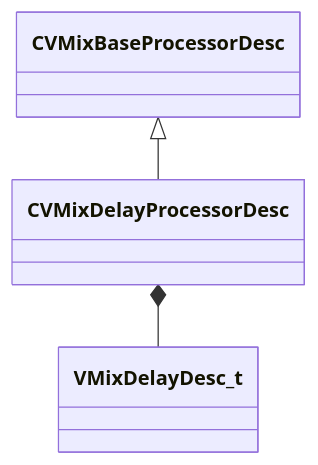
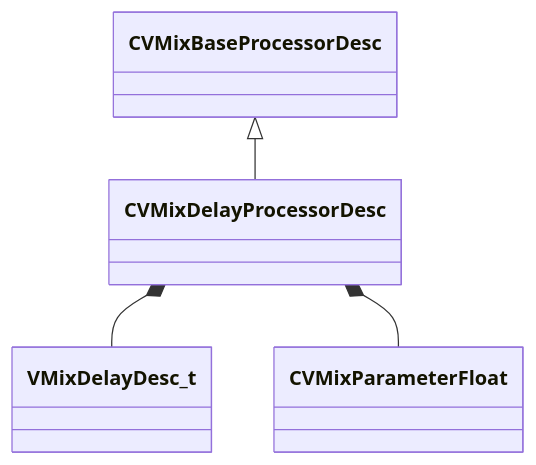
One commit to CS2OpenDev/CS2OpenDev-Docs changed the diagram in docs/generated/schemas/soundsystem_lowlevel/CVMixDelayProcessorDesc.md. Above: the diagram before and after it, drawn with Mermaid. The commit also changed other lines of this file and 4654 other files, not shown here.

Commit message:
docs: regenerate for SchemaTracker build 25947352 [skip ci]

````diff
--- a/docs/generated/schemas/soundsystem_lowlevel/CVMixDelayProcessorDesc.md
+++ b/docs/generated/schemas/soundsystem_lowlevel/CVMixDelayProcessorDesc.md
@@ -19,5 +19,6 @@
 ```mermaid
 classDiagram
     CVMixBaseProcessorDesc <|-- CVMixDelayProcessorDesc
     CVMixDelayProcessorDesc *-- VMixDelayDesc_t
+    CVMixDelayProcessorDesc *-- CVMixParameterFloat
 ```
````
